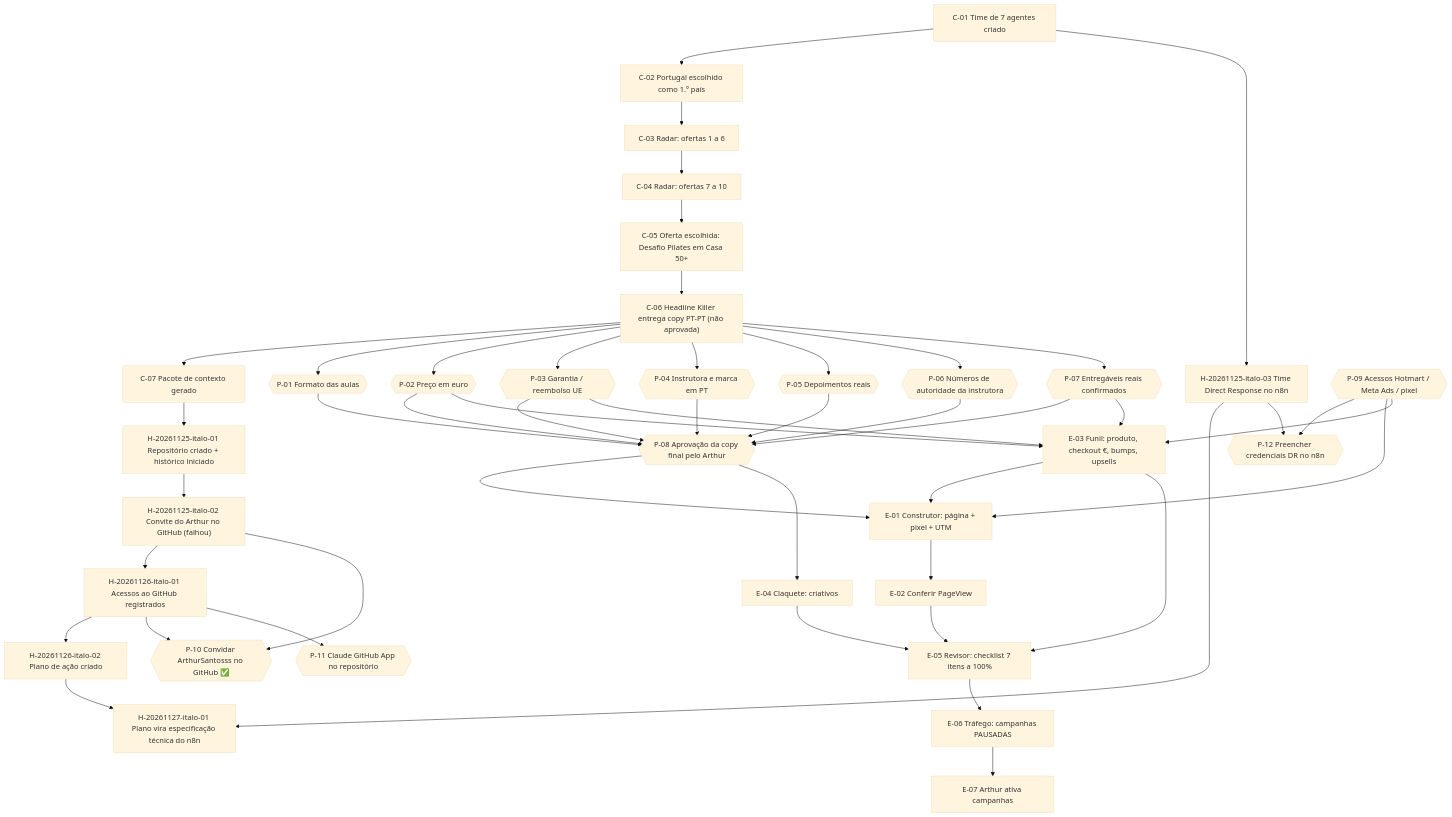
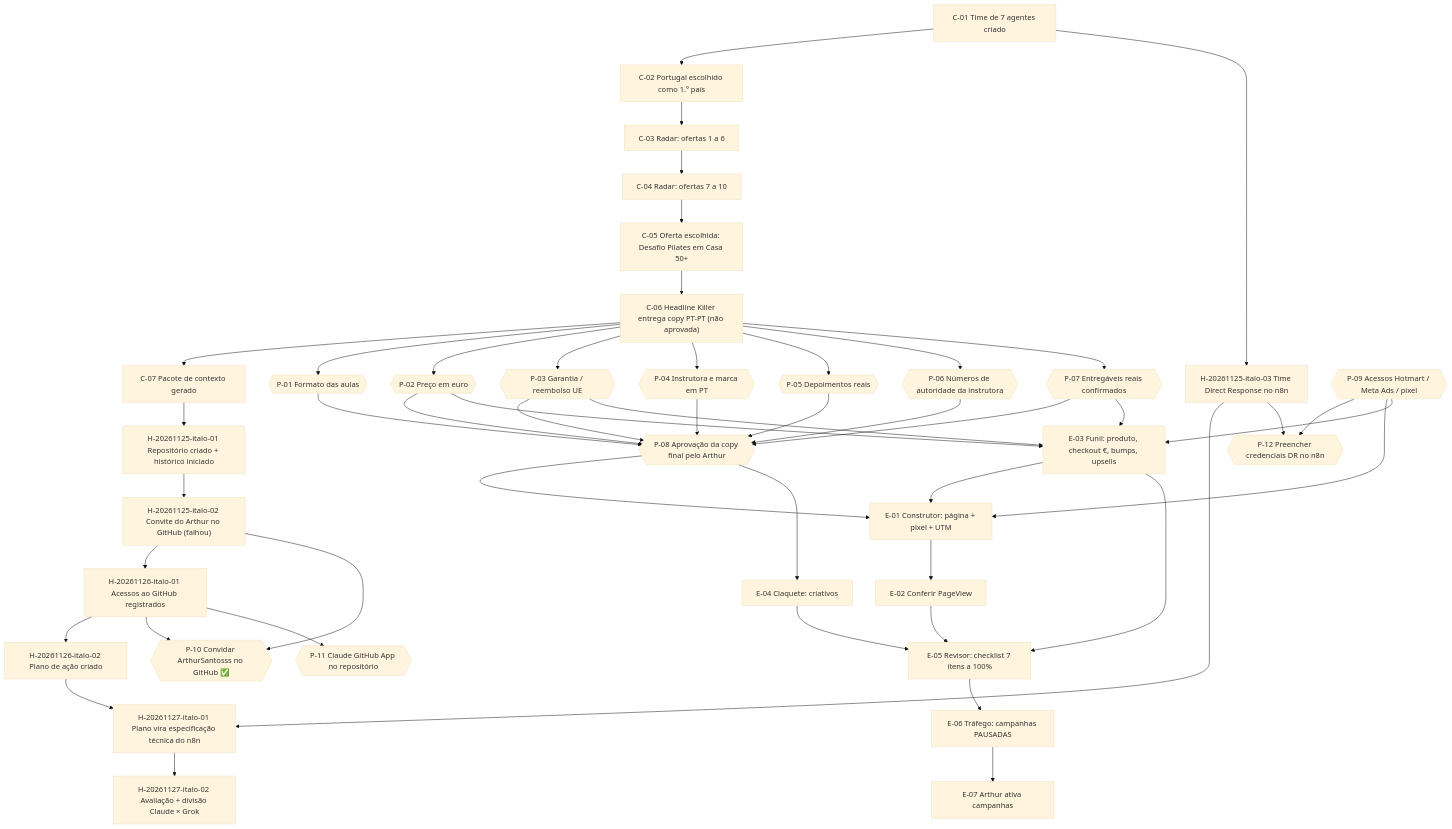
One commit to italoxdemelo/direct-response changed the diagram in historico/MAPA-DEPENDENCIAS.md. Above: the diagram before and after it, drawn with Mermaid (base theme). The commit also changed other lines of this file, not shown here.

Commit message:
H-20261127-italo-02: atualizar mapa com a avaliação e a divisão de tarefas
Claude-Session: https://claude.ai/code/session_01J5UiY4pHEL66g8KSYG7Y4F

````diff
--- a/historico/MAPA-DEPENDENCIAS.md
+++ b/historico/MAPA-DEPENDENCIAS.md
@@ -20,65 +20,67 @@
 ```mermaid
 flowchart TD
   %% Contexto original (25/11/2026, antes do repositório)
   C01["C-01 Time de 7 agentes criado"]
   C02["C-02 Portugal escolhido como 1.º país"]
   C03["C-03 Radar: ofertas 1 a 6"]
   C04["C-04 Radar: ofertas 7 a 10"]
   C05["C-05 Oferta escolhida: Desafio Pilates em Casa 50+"]
   C06["C-06 Headline Killer entrega copy PT-PT (não aprovada)"]
   C07["C-07 Pacote de contexto gerado"]
 
   C01 --> C02 --> C03 --> C04 --> C05 --> C06 --> C07
 
   %% Repositório
   H01["H-20261125-italo-01 Repositório criado + histórico iniciado"]
   C07 --> H01
   H02["H-20261125-italo-02 Convite do Arthur no GitHub (falhou)"]
   H03["H-20261125-italo-03 Time Direct Response no n8n"]
   H04["H-20261126-italo-01 Acessos ao GitHub registrados"]
   H05["H-20261126-italo-02 Plano de ação criado"]
   H06["H-20261127-italo-01 Plano vira especificação técnica do n8n"]
+  H07["H-20261127-italo-02 Avaliação + divisão Claude × Grok"]
   H01 --> H02 --> H04 --> H05 --> H06
+  H06 --> H07
   H03 --> H06
   C01 --> H03
 
   %% Pendências abertas
   P01{{"P-01 Formato das aulas"}}
   P02{{"P-02 Preço em euro"}}
   P03{{"P-03 Garantia / reembolso UE"}}
   P04{{"P-04 Instrutora e marca em PT"}}
   P05{{"P-05 Depoimentos reais"}}
   P06{{"P-06 Números de autoridade da instrutora"}}
   P07{{"P-07 Entregáveis reais confirmados"}}
   P08{{"P-08 Aprovação da copy final pelo Arthur"}}
   P09{{"P-09 Acessos Hotmart / Meta Ads / pixel"}}
   P10{{"P-10 Convidar ArthurSantosss no GitHub ✅"}}
   P11{{"P-11 Claude GitHub App no repositório"}}
   P12{{"P-12 Preencher credenciais DR no n8n"}}
   H02 --> P10
   H04 --> P10
   H04 --> P11
   H03 --> P12
   P09 --> P12
 
   C06 --> P01 & P02 & P03 & P04 & P05 & P06 & P07
   P01 & P02 & P03 & P04 & P05 & P06 & P07 --> P08
 
   %% Etapas futuras do fluxo
   E01["E-01 Construtor: página + pixel + UTM"]
   E02["E-02 Conferir PageView"]
   E03["E-03 Funil: produto, checkout €, bumps, upsells"]
   E04["E-04 Claquete: criativos"]
   E05["E-05 Revisor: checklist 7 itens a 100%"]
   E06["E-06 Tráfego: campanhas PAUSADAS"]
   E07["E-07 Arthur ativa campanhas"]
 
   P08 --> E01
   P09 --> E01
   P02 & P03 & P07 & P09 --> E03
   P08 --> E04
   E01 --> E02
   E03 --> E01
   E02 & E03 & E04 --> E05
   E05 --> E06 --> E07
 ```
````
